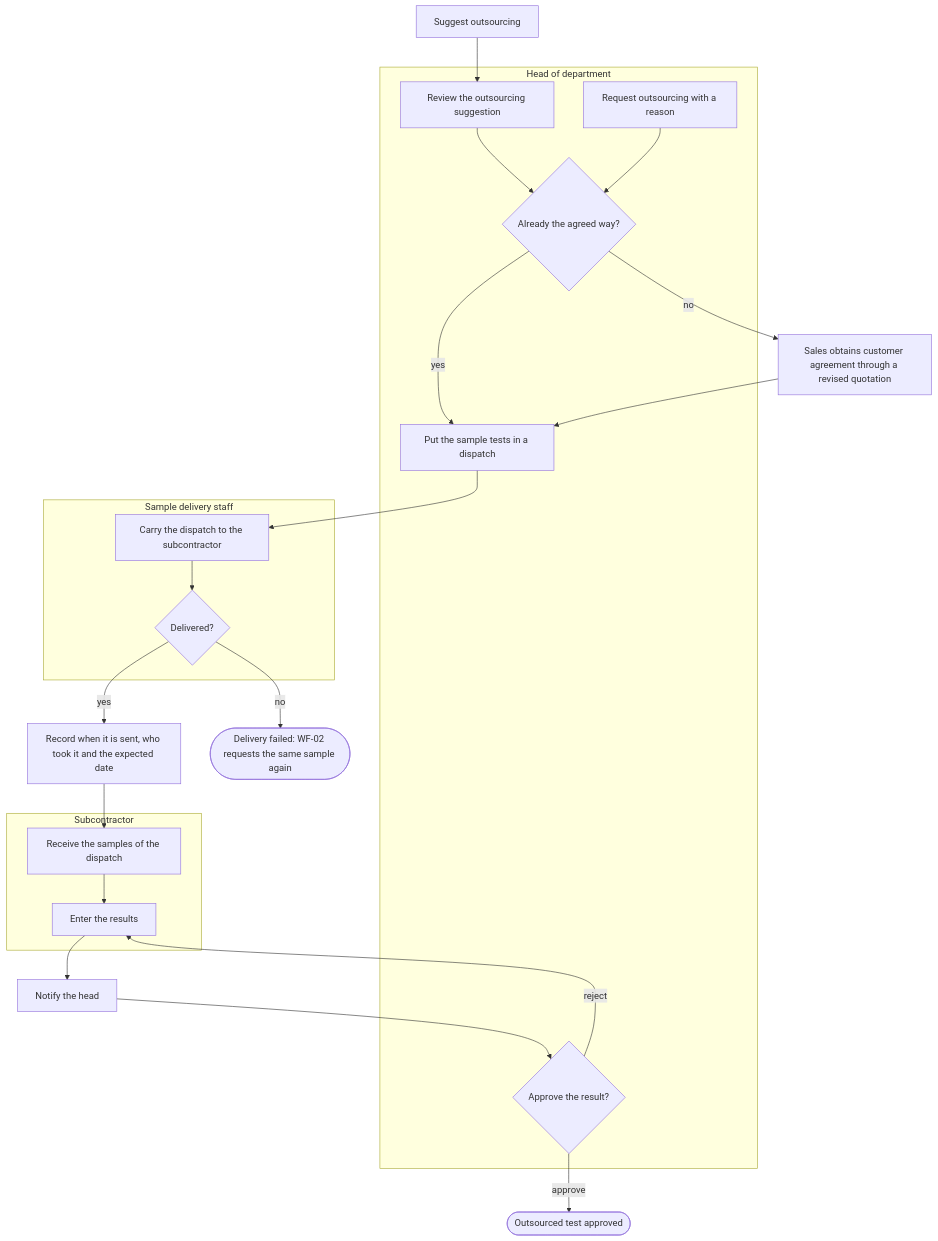
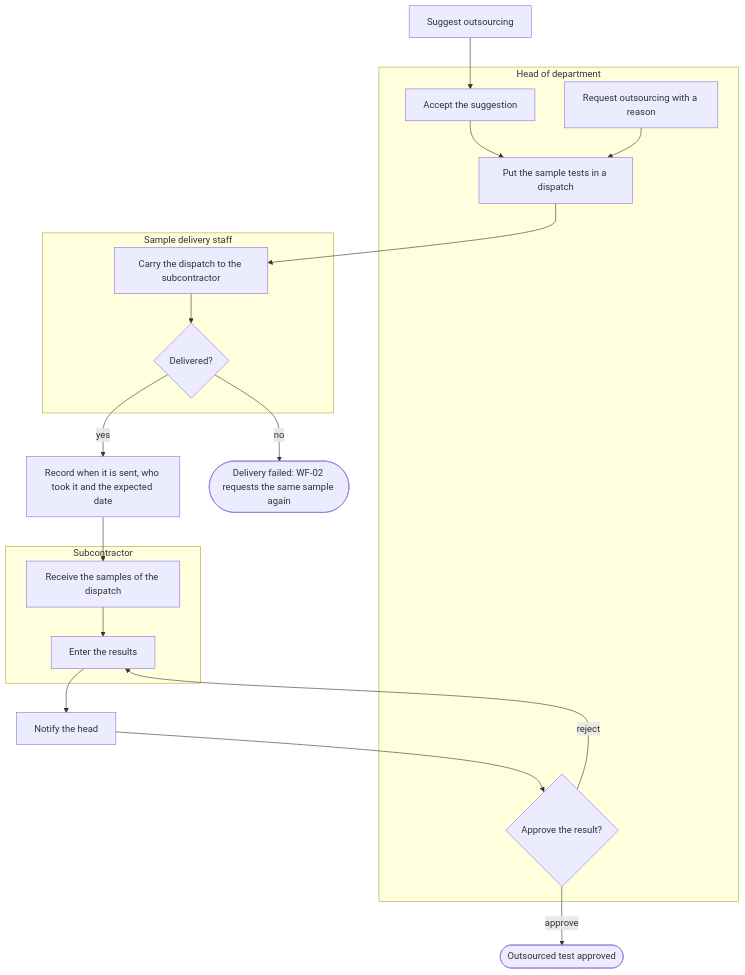
The fifth of 17 diagrams in docs/functional/business-flows.md (SoltuneMontepre/medilab), drawn with Mermaid before and after one commit. The commit also changed other lines of this file and 12 other files, not shown here.

````diff
--- a/docs/functional/business-flows.md
+++ b/docs/functional/business-flows.md
@@ -240,25 +240,22 @@
 ```mermaid
 flowchart TD
     suggest[Suggest outsourcing]
     subgraph lane12 ["Head of department"]
-        h1[Review the outsourcing suggestion] --> agreed{Already the agreed way?}
-        h0[Request outsourcing with a reason] --> agreed
-        h2[Put the sample tests in a dispatch]
+        h1[Accept the suggestion] --> h2[Put the sample tests in a dispatch]
+        h0[Request outsourcing with a reason] --> h2
         h4{Approve the result?}
     end
     subgraph lane13 ["Sample delivery staff"]
         d1[Carry the dispatch to the subcontractor] --> delivered{Delivered?}
     end
     subgraph lane14 ["Subcontractor"]
         s1[Receive the samples of the dispatch] --> s2[Enter the results]
     end
     suggest --> h1
-    agreed -->|yes| h2
-    agreed -->|no| revise[Sales obtains customer agreement through a revised quotation] --> h2
     h2 --> d1
     delivered -->|yes| sent[Record when it is sent, who took it and the expected date] --> s1
     delivered -->|no| wf02([Delivery failed: WF-02 requests the same sample again])
     s2 --> notify[Notify the head] --> h4
     h4 -->|reject| s2
     h4 -->|approve| done([Outsourced test approved])
 ```
````
